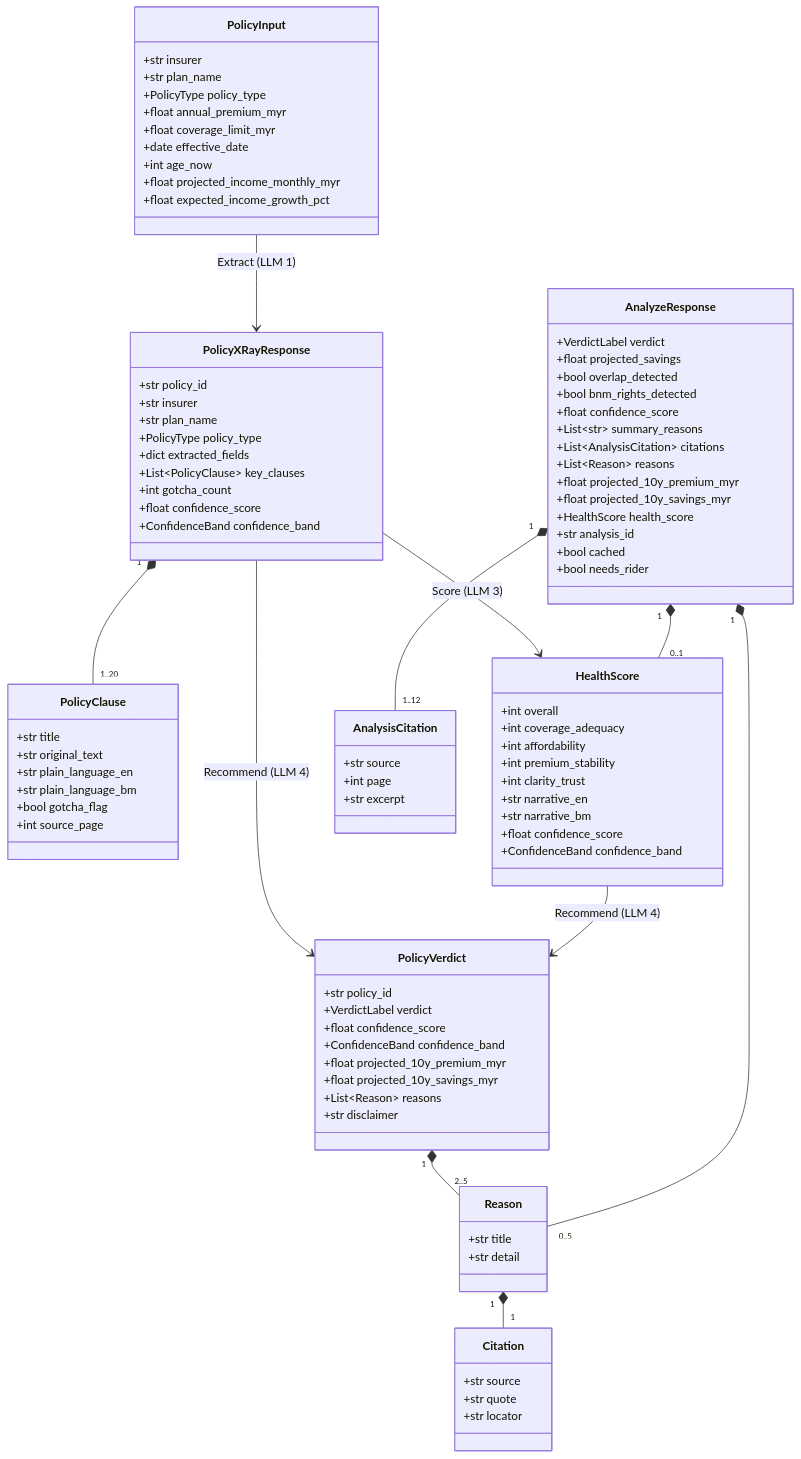
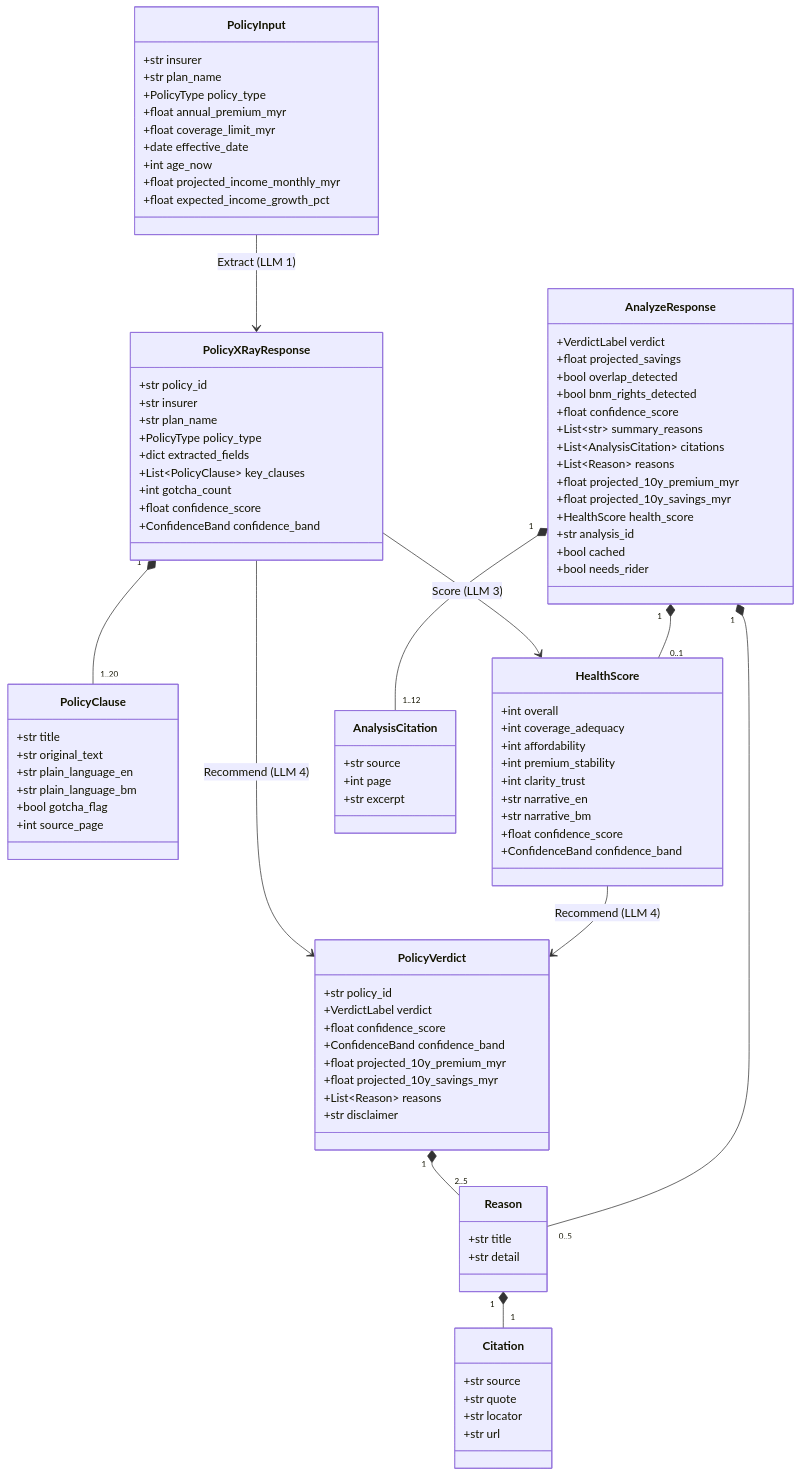
One commit to xrwong00/policyclaw changed the first of 3 diagrams in docs/erd.md. Above: the diagram before and after it, drawn with Mermaid.

Commit message:
docs: add Citation.url to ERD class diagram

```diff
--- a/docs/erd.md
+++ b/docs/erd.md
@@ -77,6 +77,7 @@
       +str source
       +str quote
       +str locator
+      +str url
     }
 
     class AnalyzeResponse {
```
